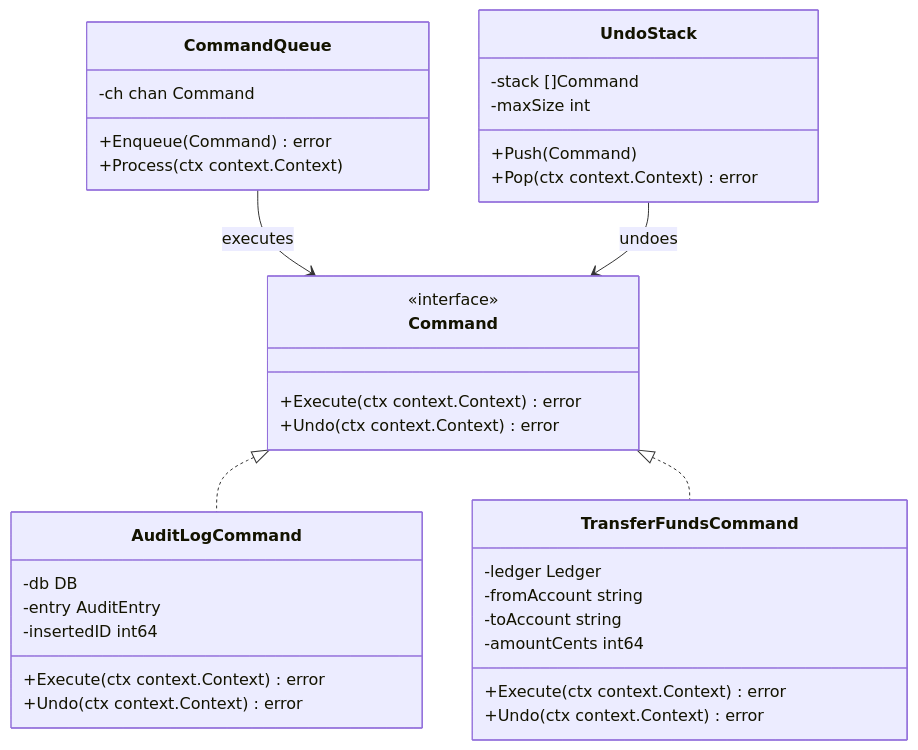
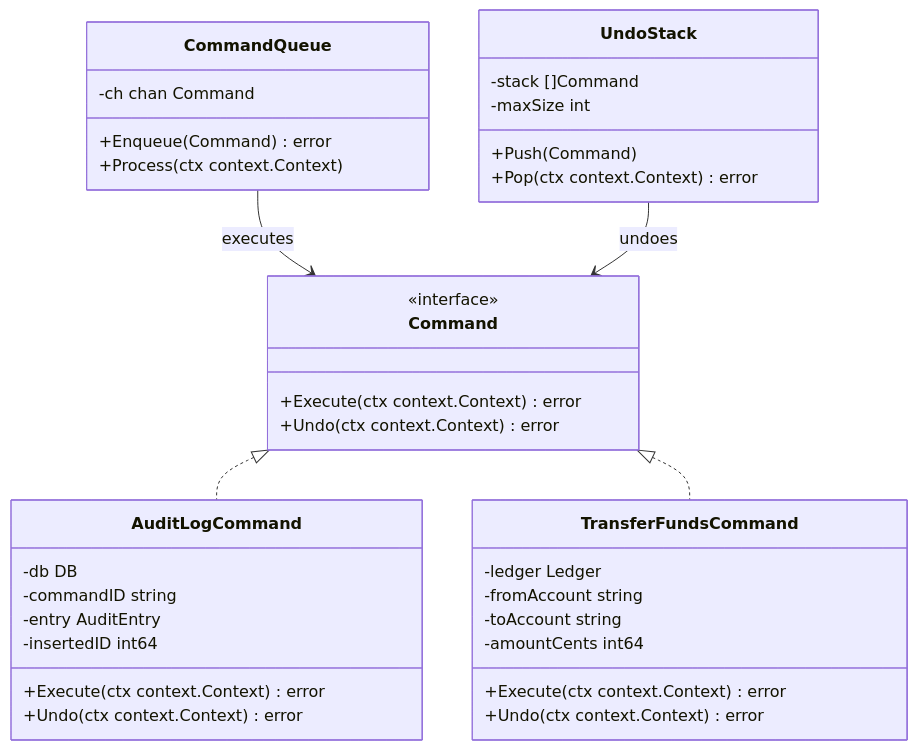
Before and after one commit to schadokar/notes: the first of 3 diagrams in src/content/docs/design-patterns/behavioral/command-pattern.md, drawn with Mermaid. The commit also changed other lines of this file and 23 other files, not shown here.

````diff
--- a/src/content/docs/design-patterns/behavioral/command-pattern.md
+++ b/src/content/docs/design-patterns/behavioral/command-pattern.md
@@ -49,38 +49,39 @@
 ```mermaid
 classDiagram
     class Command {
         <<interface>>
         +Execute(ctx context.Context) error
         +Undo(ctx context.Context) error
     }
     class CommandQueue {
         -ch chan Command
         +Enqueue(Command) error
         +Process(ctx context.Context)
     }
     class UndoStack {
         -stack []Command
         -maxSize int
         +Push(Command)
         +Pop(ctx context.Context) error
     }
     class AuditLogCommand {
         -db DB
+        -commandID string
         -entry AuditEntry
         -insertedID int64
         +Execute(ctx context.Context) error
         +Undo(ctx context.Context) error
     }
     class TransferFundsCommand {
         -ledger Ledger
         -fromAccount string
         -toAccount string
         -amountCents int64
         +Execute(ctx context.Context) error
         +Undo(ctx context.Context) error
     }
     CommandQueue --> Command : executes
     UndoStack --> Command : undoes
     Command <|.. AuditLogCommand
     Command <|.. TransferFundsCommand
 ```
````
